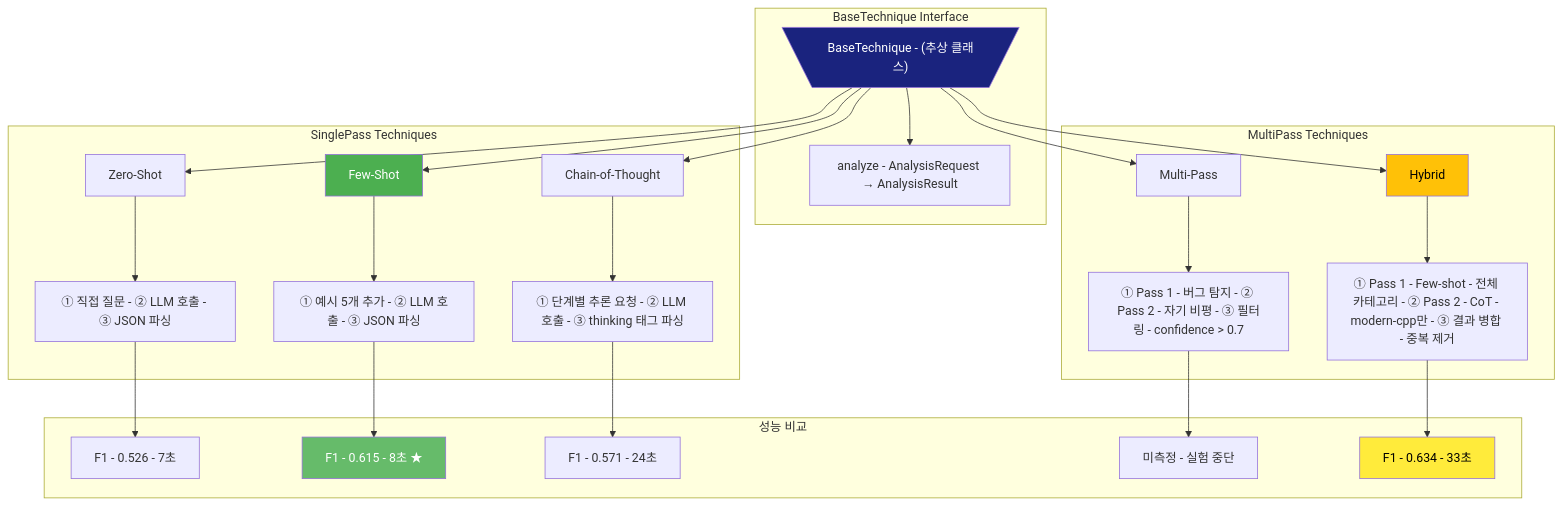
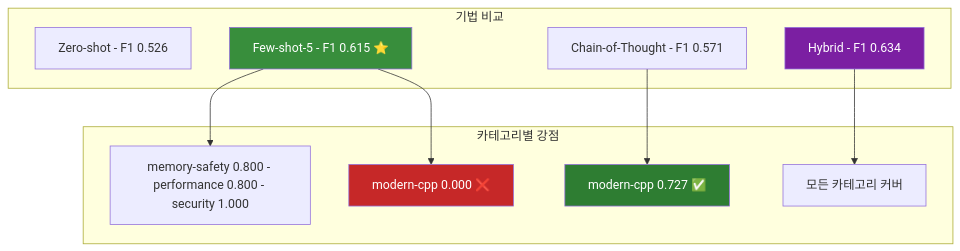
Diagram 12 of 32 in PRESENTATION.md (ApeachM/llm-code-reviewer), drawn with Mermaid before and after one commit. The commit also changed other lines of this file and 1 other file, not shown here.

First line of the commit message:
docs: Expand "CLAUDE.md" with linting and formatting guidelines, architecture updates, and technique details

````diff
--- a/PRESENTATION.md
+++ b/PRESENTATION.md
@@ -933,39 +595,21 @@
 ```mermaid
 graph TB
-    subgraph "BaseTechnique Interface"
-        Base[\"BaseTechnique - (추상 클래스)"/]
-        Base --> Method[analyze - AnalysisRequest → AnalysisResult]
+    subgraph "기법 비교"
+        ZS[Zero-shot - F1 0.526]
+        FS[Few-shot-5 - F1 0.615 ⭐]
+        CoT[Chain-of-Thought - F1 0.571]
+        HY[Hybrid - F1 0.634]
     end
 
-    subgraph "SinglePass Techniques"
-        Base --> ZS[Zero-Shot]
-        Base --> FS[Few-Shot]
-        Base --> CoT[Chain-of-Thought]
-
-        ZS --> ZSFlow["① 직접 질문 - ② LLM 호출 - ③ JSON 파싱"]
-        FS --> FSFlow["① 예시 5개 추가 - ② LLM 호출 - ③ JSON 파싱"]
-        CoT --> CoTFlow["① 단계별 추론 요청 - ② LLM 호출 - ③ thinking 태그 파싱"]
+    subgraph "카테고리별 강점"
+        FS --> FS_Good[memory-safety 0.800 - performance 0.800 - security 1.000]
+        FS --> FS_Bad[modern-cpp 0.000 ❌]
+        CoT --> CoT_Good[modern-cpp 0.727 ✅]
+        HY --> HY_Result[모든 카테고리 커버]
     end
 
-    subgraph "MultiPass Techniques"
-        Base --> MP[Multi-Pass]
-        Base --> Hybrid[Hybrid]
-
-        MP --> MPFlow["① Pass 1 - 버그 탐지 - ② Pass 2 - 자기 비평 - ③ 필터링 - confidence > 0.7"]
-        Hybrid --> HybridFlow["① Pass 1 - Few-shot - 전체 카테고리 - ② Pass 2 - CoT - modern-cpp만 - ③ 결과 병합 - 중복 제거"]
-    end
-
-    subgraph "성능 비교"
-        ZSFlow --> ZSMetric[F1 - 0.526 - 7초]
-        FSFlow --> FSMetric[F1 - 0.615 - 8초 ★]
-        CoTFlow --> CoTMetric[F1 - 0.571 - 24초]
-        MPFlow --> MPMetric[미측정 - 실험 중단]
-        HybridFlow --> HybridMetric[F1 - 0.634 - 33초]
-    end
-
-    style Base fill:#1a237e,color:#fff
-    style FS fill:#4caf50,color:#fff
-    style FSMetric fill:#66bb6a,color:#fff
-    style Hybrid fill:#ffc107,color:#000
-    style HybridMetric fill:#ffeb3b,color:#000
+    style FS fill:#388e3c,color:#fff
+    style HY fill:#7b1fa2,color:#fff
+    style FS_Bad fill:#c62828,color:#fff
+    style CoT_Good fill:#2e7d32,color:#fff
 ```
````
